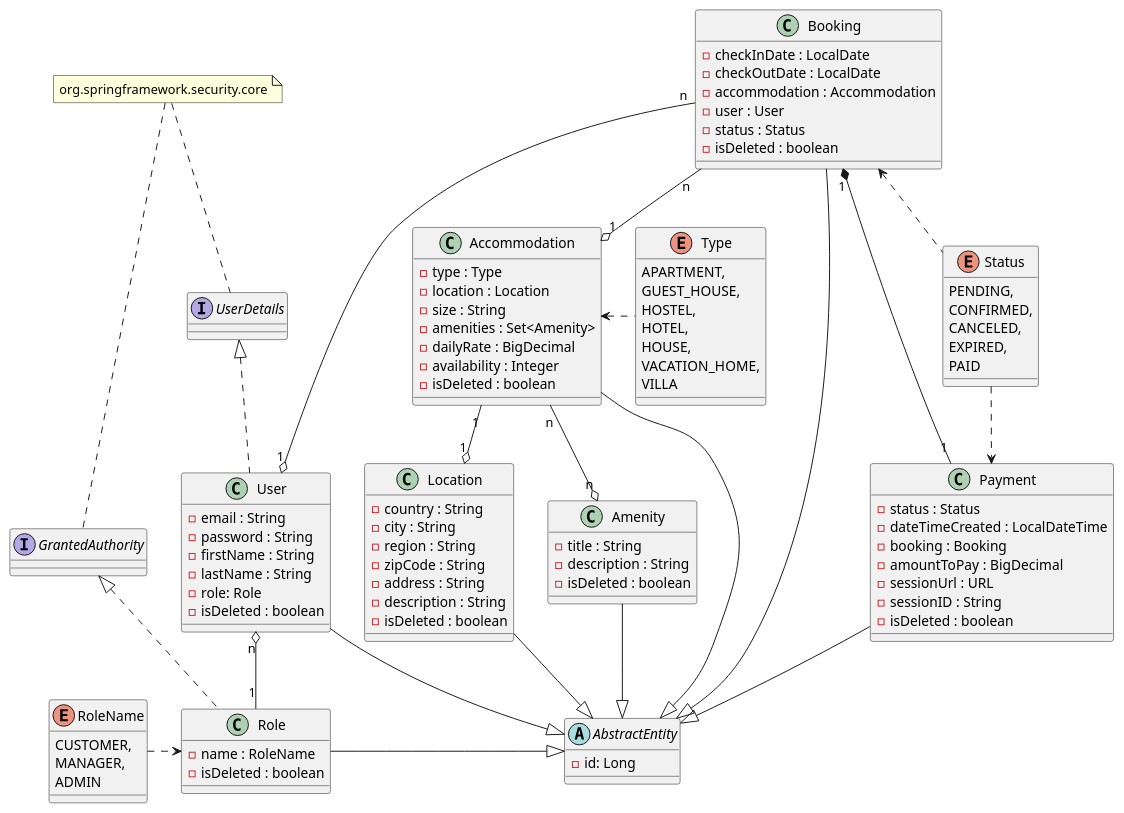
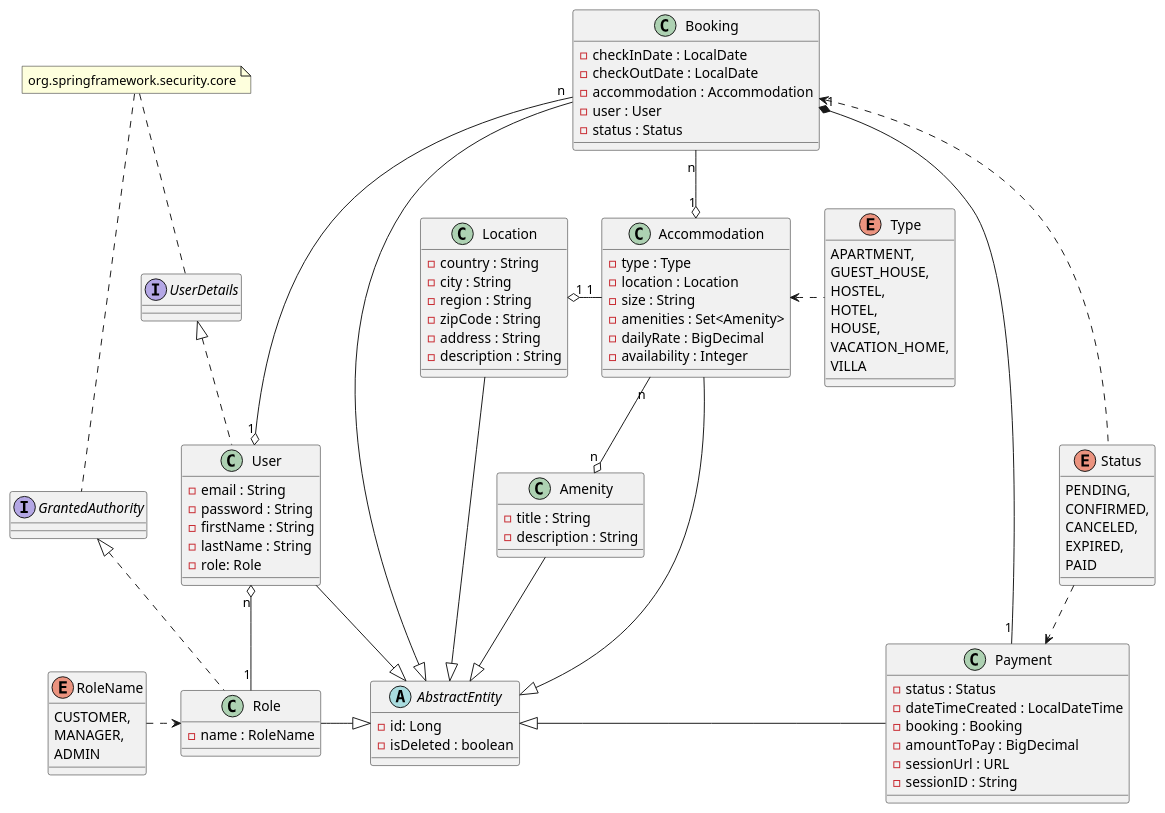
Before and after one commit to yanna-stepanova/AccommodationBookingService: the diagram in UmlModel.puml, drawn with PlantUML. The commit also changed 8 other files, not shown here.

Commit message:
moved common field 'isDeleted : boolean' to AbstractEntity

```diff
--- a/UmlModel.puml
+++ b/UmlModel.puml
@@ -1,119 +1,114 @@
 @startuml
 
 abstract class AbstractEntity {
 - id: Long
+- isDeleted : boolean
 }
 interface UserDetails
 interface GrantedAuthority
 
 class Accommodation {
 - type : Type
 - location : Location
 - size : String
 - amenities : Set<Amenity>
 - dailyRate : BigDecimal
 - availability : Integer
-- isDeleted : boolean
 }
 
 class Location {
 - country : String
 - city : String
 - region : String
 - zipCode : String
 - address : String
 - description : String
-- isDeleted : boolean
 }
 
 class Amenity {
 - title : String
 - description : String
-- isDeleted : boolean
 }
 
 class Role {
 - name : RoleName
-- isDeleted : boolean
 }
 
 
 class User {
 - email : String
 - password : String
 - firstName : String
 - lastName : String
 - role: Role
-- isDeleted : boolean
 }
 
 class Booking {
 - checkInDate : LocalDate
 - checkOutDate : LocalDate
 - accommodation : Accommodation
 - user : User
 - status : Status
-- isDeleted : boolean
 }
 
 class Payment {
 - status : Status
 - dateTimeCreated : LocalDateTime
 - booking : Booking
 - amountToPay : BigDecimal
 - sessionUrl : URL
 - sessionID : String
-- isDeleted : boolean
 }
 
 enum Type {
     APARTMENT,
     GUEST_HOUSE,
     HOSTEL,
     HOTEL,
     HOUSE,
     VACATION_HOME,
     VILLA
 }
 
 enum RoleName {
     CUSTOMER,
     MANAGER,
     ADMIN
 }
 
 enum Status {
     PENDING,
     CONFIRMED,
     CANCELED,
     EXPIRED,
     PAID
 }
 
 note "org.springframework.security.core" as MyNote
 MyNote .. UserDetails
 MyNote .. GrantedAuthority
 
 UserDetails <|.. User
 GrantedAuthority <|.. Role
 
 Booking --|> AbstractEntity
 User -|> AbstractEntity
 Role -|> AbstractEntity
 Accommodation --|> AbstractEntity
 Location --|> AbstractEntity
-Payment --|> AbstractEntity
+AbstractEntity <|- Payment
 Amenity --|> AbstractEntity
 
 User "n" o-- "1" Role
 Booking "n" --o "1" User
+Location "1" o- "1" Accommodation
 Accommodation "n" --o "n" Amenity
-Accommodation "1" --o "1" Location
-Booking "n" -o "1" Accommodation
+Booking "n" --o "1" Accommodation
 Booking "1" *-- "1" Payment
 
 RoleName .> Role
 Accommodation <. Type
+Booking <. Status
 Status ..> Payment
-Booking <.. Status
+
 @enduml
```
